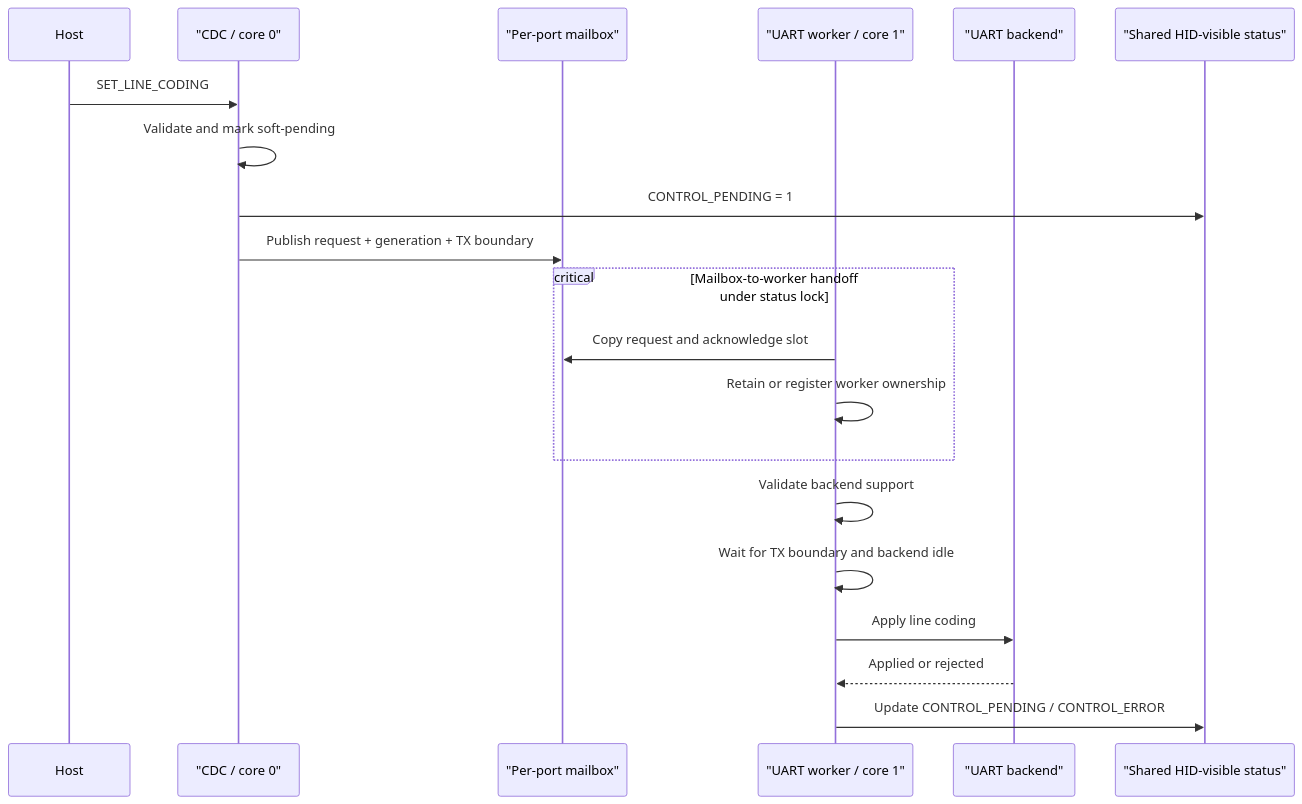
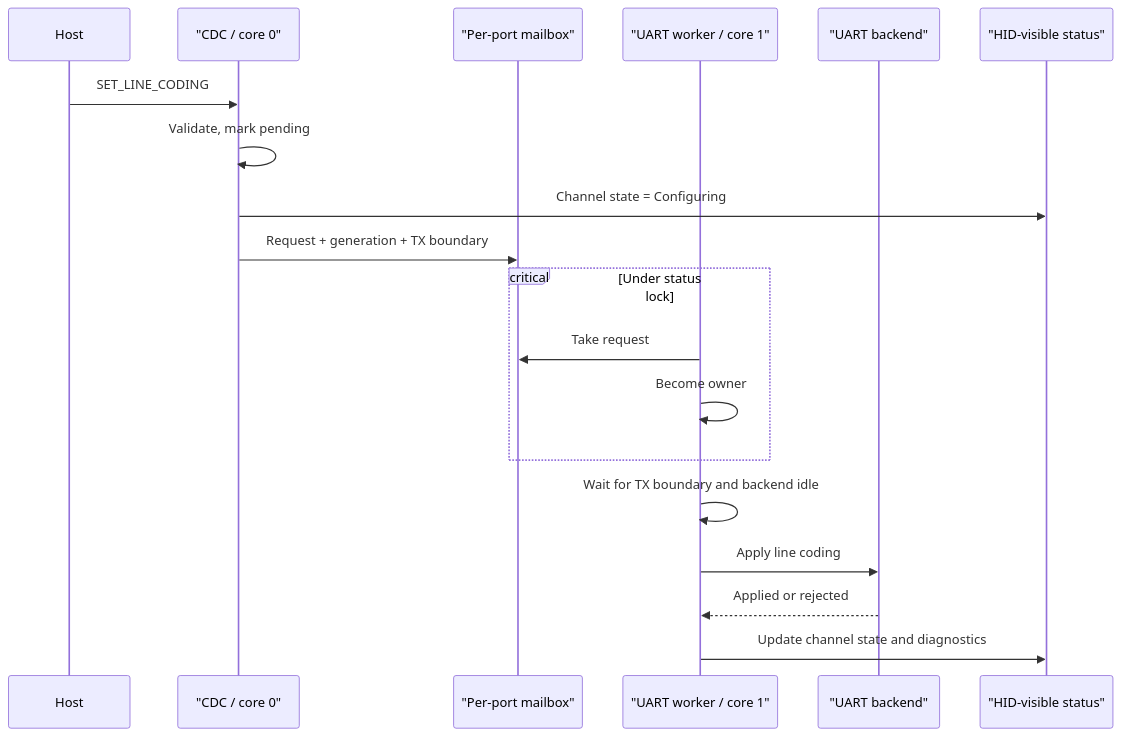
One commit to djwinter29-oss/PicoUart changed the diagram in docs/design/control-plane-design.md. Above: the diagram before and after it, drawn with Mermaid. The commit also changed other lines of this file and 38 other files, not shown here.

````diff
--- a/docs/design/control-plane-design.md
+++ b/docs/design/control-plane-design.md
@@ -28,23 +21,22 @@
 ```mermaid
 sequenceDiagram
   participant Host
   participant USB as "CDC / core 0"
   participant Mailbox as "Per-port mailbox"
   participant Worker as "UART worker / core 1"
   participant Backend as "UART backend"
-  participant HID as "Shared HID-visible status"
+  participant HID as "HID-visible status"
 
   Host->>USB: SET_LINE_CODING
-  USB->>USB: Validate and mark soft-pending
-  USB->>HID: CONTROL_PENDING = 1
-  USB->>Mailbox: Publish request + generation + TX boundary
-  critical Mailbox-to-worker handoff under status lock
-    Worker->>Mailbox: Copy request and acknowledge slot
-    Worker->>Worker: Retain or register worker ownership
+  USB->>USB: Validate, mark pending
+  USB->>HID: Channel state = Configuring
+  USB->>Mailbox: Request + generation + TX boundary
+  critical Under status lock
+    Worker->>Mailbox: Take request
+    Worker->>Worker: Become owner
   end
-  Worker->>Worker: Validate backend support
   Worker->>Worker: Wait for TX boundary and backend idle
   Worker->>Backend: Apply line coding
   Backend-->>Worker: Applied or rejected
-  Worker->>HID: Update CONTROL_PENDING / CONTROL_ERROR
+  Worker->>HID: Update channel state and diagnostics
 ```
````
